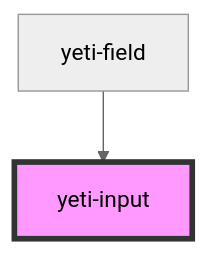
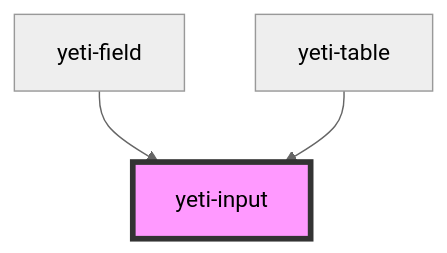
Before and after one commit to msoltvedt/yeti: the diagram in src/components/yeti-input/readme.md, drawn with Mermaid (neutral theme). The commit also changed other lines of this file and 128 other files, not shown here.

````diff
--- a/src/components/yeti-input/readme.md
+++ b/src/components/yeti-input/readme.md
@@ -41,5 +43,6 @@
 ```mermaid
 graph TD;
   yeti-field --> yeti-input
+  yeti-table --> yeti-input
   style yeti-input fill:#f9f,stroke:#333,stroke-width:4px
 ```
````
